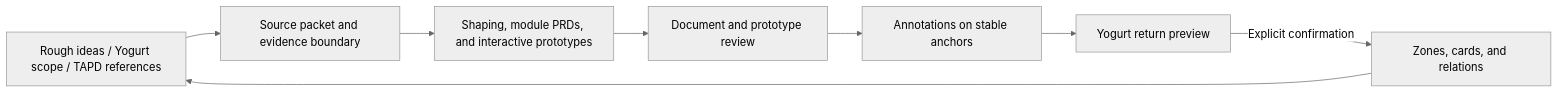
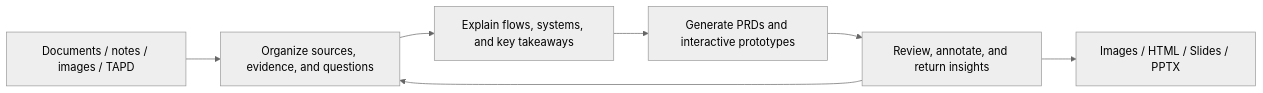
The diagram in README.en.md (suud003/Cowart), drawn with Mermaid (neutral theme) before and after one commit. The commit also changed other lines of this file and 3 other files, not shown here.

````diff
--- a/README.en.md
+++ b/README.en.md
@@ -76,10 +29,9 @@
 ```mermaid
 flowchart LR
-  A["Rough ideas / Yogurt scope / TAPD references"] --> B["Source packet and evidence boundary"]
-  B --> C["Shaping, module PRDs, and interactive prototypes"]
-  C --> D["Document and prototype review"]
-  D --> F["Annotations on stable anchors"]
-  F --> G["Yogurt return preview"]
-  G -->|"Explicit confirmation"| H["Zones, cards, and relations"]
-  H --> A
+  A["Documents / notes / images / TAPD"] --> B["Organize sources, evidence, and questions"]
+  B --> C["Explain flows, systems, and key takeaways"]
+  C --> D["Generate PRDs and interactive prototypes"]
+  D --> E["Review, annotate, and return insights"]
+  E --> F["Images / HTML / Slides / PPTX"]
+  E --> B
 ```
````
